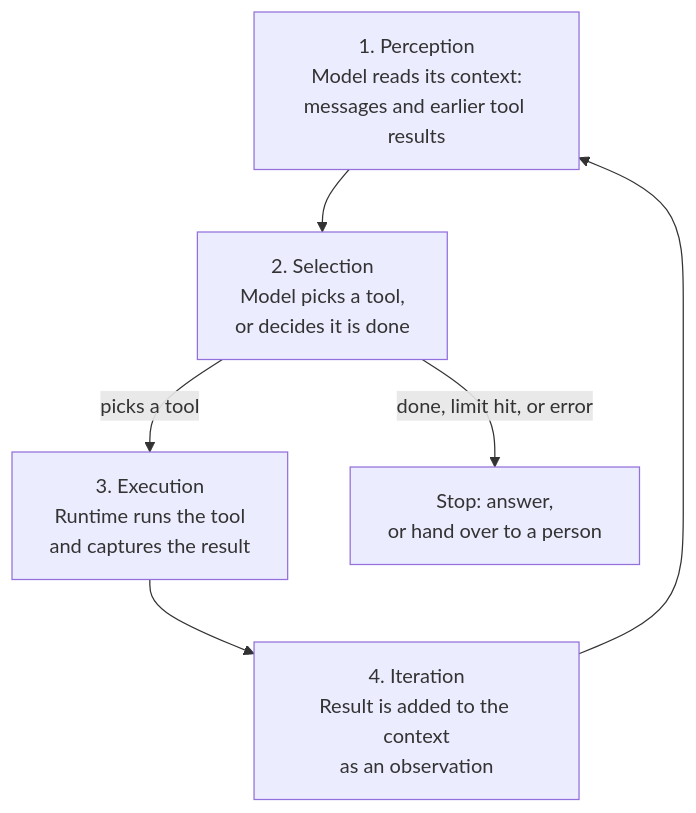
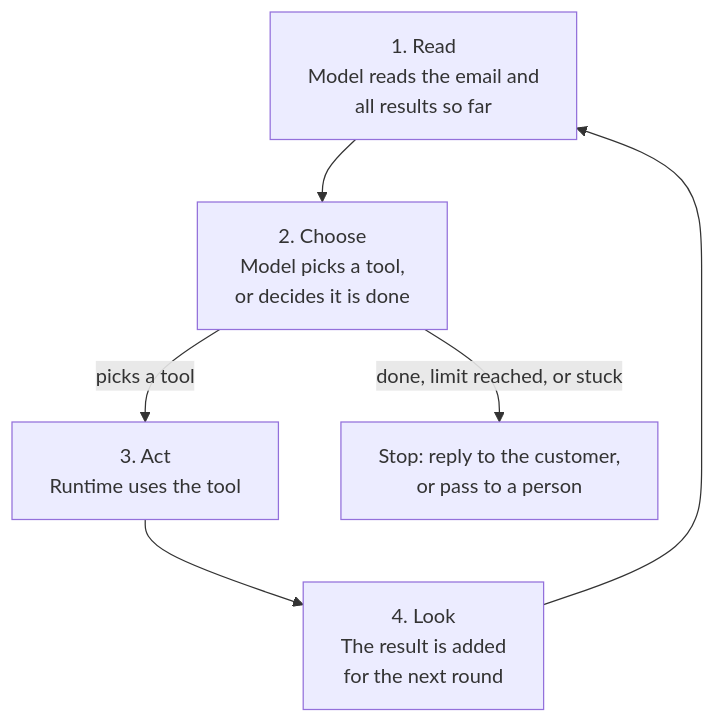
The diagram in 03_CCARFExamPrep/02-agentic-architecture-foundations/03-agents-workflows-and-chatbots.md (nirajp82/ClaudeArchitectStudyGuide), drawn with Mermaid before and after one commit. The commit also changed other lines of this file and 4 other files, not shown here.

````diff
--- a/03_CCARFExamPrep/02-agentic-architecture-foundations/03-agents-workflows-and-chatbots.md
+++ b/03_CCARFExamPrep/02-agentic-architecture-foundations/03-agents-workflows-and-chatbots.md
@@ -203,8 +174,8 @@
 ```mermaid
 flowchart TD
-    A["1. Perception<br/>Model reads its context:<br/>messages and earlier tool results"] --> B["2. Selection<br/>Model picks a tool,<br/>or decides it is done"]
-    B -->|picks a tool| C["3. Execution<br/>Runtime runs the tool<br/>and captures the result"]
-    C --> D["4. Iteration<br/>Result is added to the context<br/>as an observation"]
+    A["1. Read<br/>Model reads the email and<br/>all results so far"] --> B["2. Choose<br/>Model picks a tool,<br/>or decides it is done"]
+    B -->|picks a tool| C["3. Act<br/>Runtime uses the tool"]
+    C --> D["4. Look<br/>The result is added<br/>for the next round"]
     D --> A
-    B -->|done, limit hit, or error| E["Stop: answer,<br/>or hand over to a person"]
+    B -->|done, limit reached, or stuck| E["Stop: reply to the customer,<br/>or pass to a person"]
 ```
````
